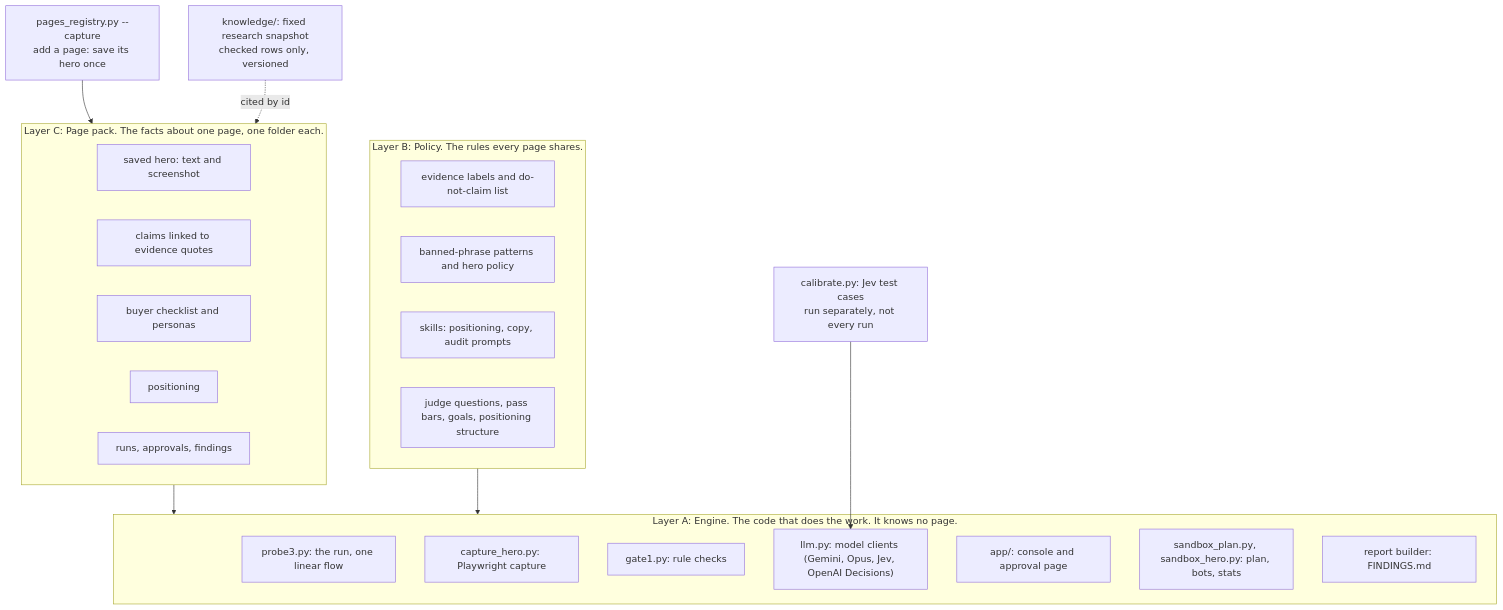
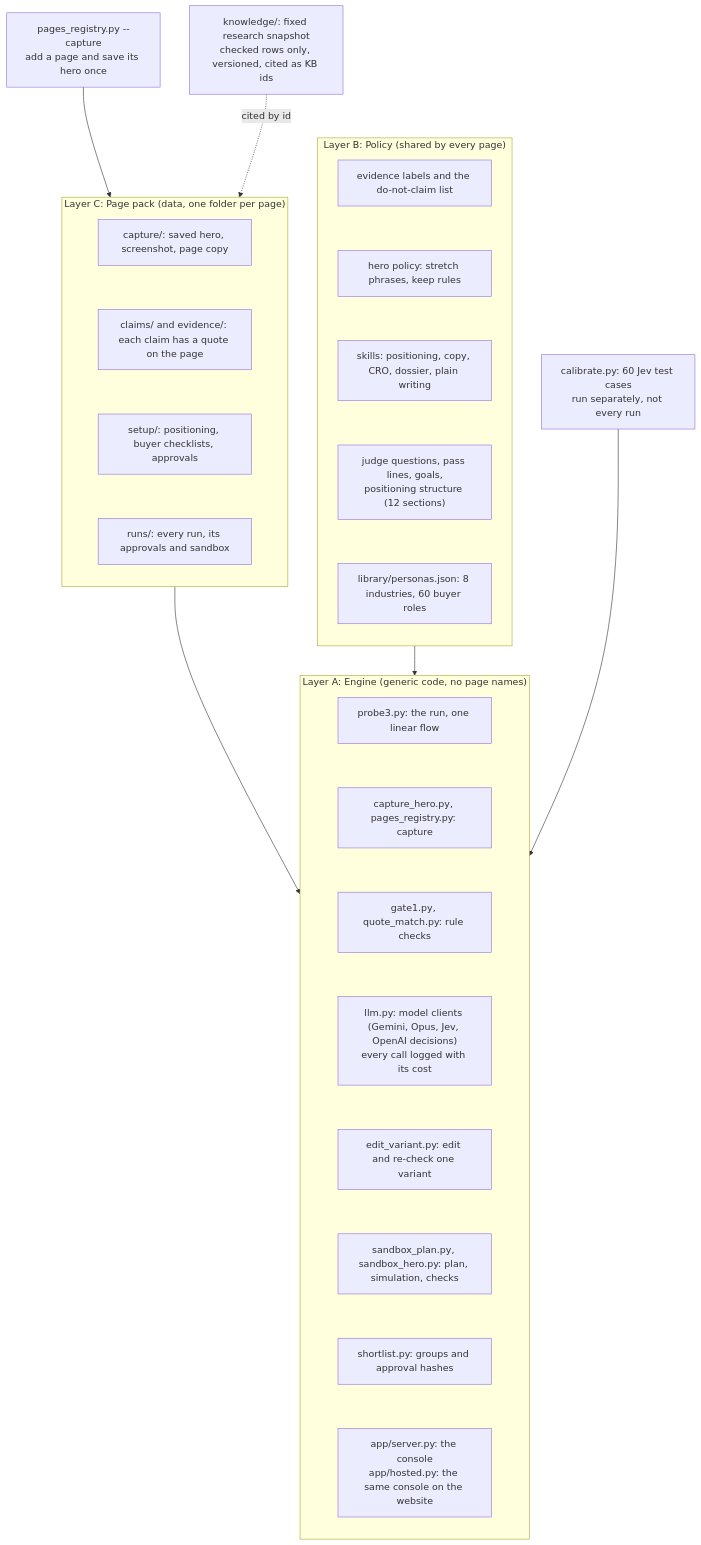
One commit to jtrnjn271994-cloud/sarvam-website-agent changed the second of 4 diagrams in docs/architecture.md. Above: the diagram before and after it, drawn with Mermaid. The commit also changed other lines of this file and 28 other files, not shown here.

Commit message:
Edit and re-check for any variant; architecture v10 in the reference style with every step; per-run flow diagram built by one script for every run, with a skill file and scenario self-test; README for reviewers

````diff
--- a/docs/architecture.md
+++ b/docs/architecture.md
@@ -42,30 +55,37 @@
 ```mermaid
 flowchart TB
-    subgraph ENG["Layer A: Engine. The code that does the work. It knows no page."]
+    subgraph ENG["Layer A: Engine (generic code, no page names)"]
+        direction TB
         E1["probe3.py: the run, one linear flow"]
-        E2["capture_hero.py: Playwright capture"]
-        E3["gate1.py: rule checks"]
-        E4["llm.py: model clients (Gemini, Opus, Jev, OpenAI Decisions)"]
-        E5["app/: console and approval page"]
-        E6["sandbox_plan.py, sandbox_hero.py: plan, bots, stats"]
-        E7["report builder: FINDINGS.md"]
+        E2["capture_hero.py, pages_registry.py: capture"]
+        E3["gate1.py, quote_match.py: rule checks"]
+        E4["llm.py: model clients (Gemini, Opus, Jev, OpenAI decisions)<br/>every call logged with its cost"]
+        E5["edit_variant.py: edit and re-check one variant"]
+        E6["sandbox_plan.py, sandbox_hero.py: plan, simulation, checks"]
+        E7["shortlist.py: groups and approval hashes"]
+        E8["app/server.py: the console<br/>app/hosted.py: the same console on the website"]
     end
-    subgraph POL["Layer B: Policy. The rules every page shares."]
-        P1["evidence labels and do-not-claim list"]
-        P2["banned-phrase patterns and hero policy"]
-        P3["skills: positioning, copy, audit prompts"]
-        P4["judge questions, pass bars, goals, positioning structure"]
+    subgraph POL["Layer B: Policy (shared by every page)"]
+        direction TB
+        P1["evidence labels and the do-not-claim list"]
+        P2["hero policy: stretch phrases, keep rules"]
+        P3["skills: positioning, copy, CRO, dossier, plain writing"]
+        P4["judge questions, pass lines, goals,<br/>positioning structure (12 sections)"]
+        P5["library/personas.json: 8 industries, 60 buyer roles"]
     end
-    subgraph PACK["Layer C: Page pack. The facts about one page, one folder each."]
-        K1["saved hero: text and screenshot"]
-        K2["claims linked to evidence quotes"]
-        K3["buyer checklist and personas"]
-        K4["positioning"]
-        K5["runs, approvals, findings"]
+    subgraph PACK["Layer C: Page pack (data, one folder per page)"]
+        direction TB
+        K1["capture/: saved hero, screenshot, page copy"]
+        K2["claims/ and evidence/: each claim has a quote on the page"]
+        K3["setup/: positioning, buyer checklists, approvals"]
+        K4["runs/: every run, its approvals and sandbox"]
     end
     PACK --> ENG
     POL --> ENG
-    NEW["pages_registry.py --capture<br/>add a page: save its hero once"] --> PACK
-    KB["knowledge/: fixed research snapshot<br/>checked rows only, versioned"] -.cited by id.-> PACK
-    CAL["calibrate.py: Jev test cases<br/>run separately, not every run"] --> E4
+    NEW["pages_registry.py --capture<br/>add a page and save its hero once"] --> PACK
+    KB["knowledge/: fixed research snapshot<br/>checked rows only, versioned, cited as KB ids"] -.cited by id.-> PACK
+    CAL["calibrate.py: 60 Jev test cases<br/>run separately, not every run"] --> ENG
+    E1 ~~~ E2 ~~~ E3 ~~~ E4 ~~~ E5 ~~~ E6 ~~~ E7 ~~~ E8
+    P1 ~~~ P2 ~~~ P3 ~~~ P4 ~~~ P5
+    K1 ~~~ K2 ~~~ K3 ~~~ K4
 ```
````
